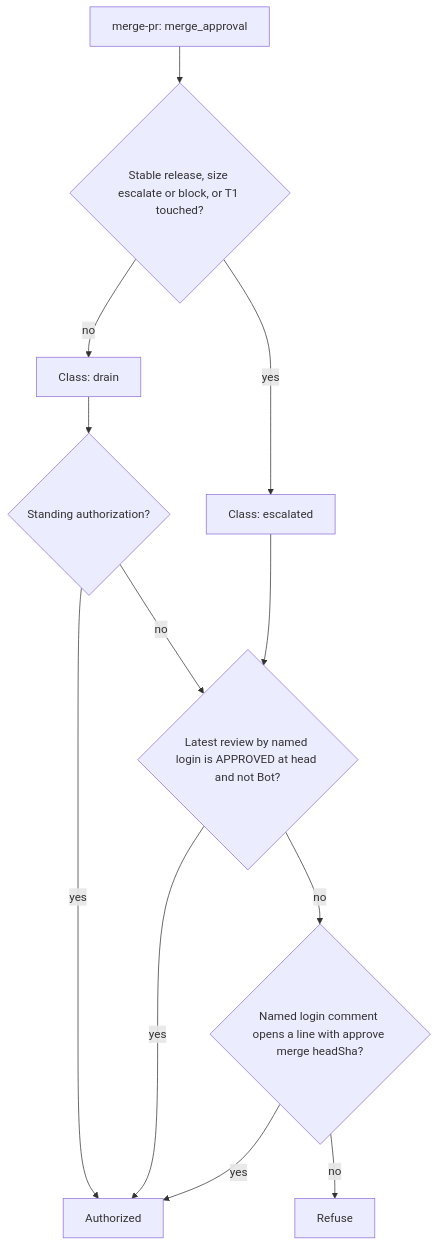
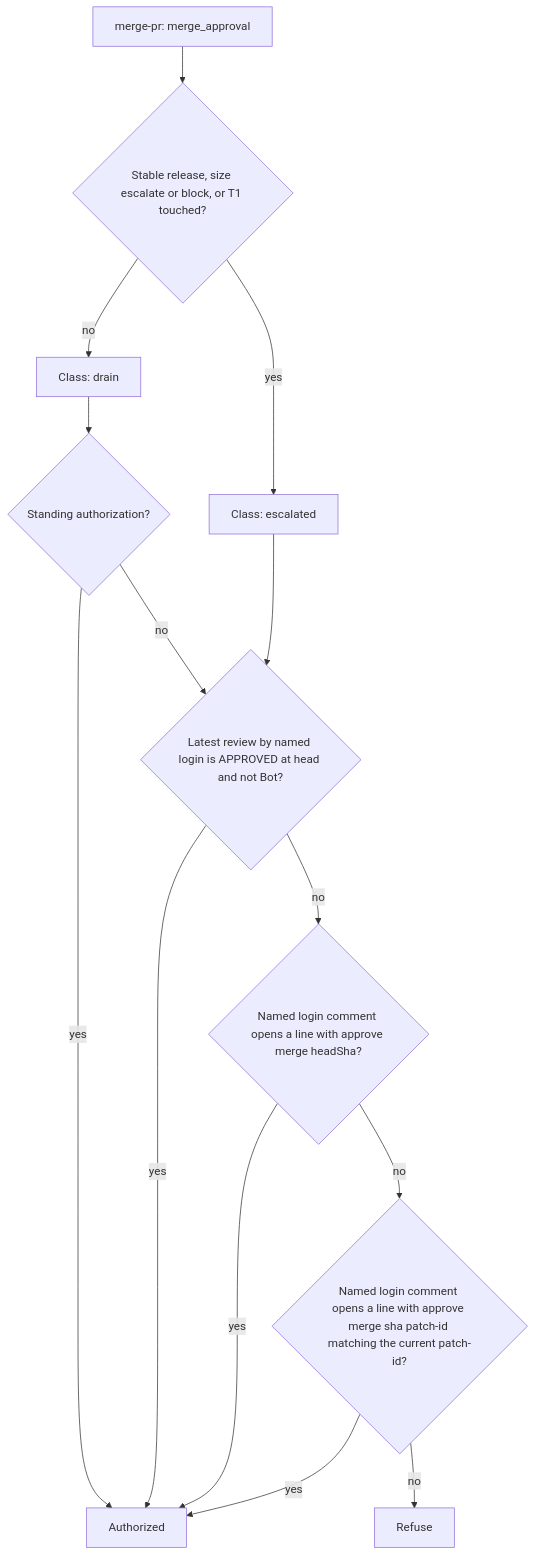
Diagram 13 of 13 in docs/atlas/12-security-trust.md (mfittko/dev-loops), drawn with Mermaid before and after one commit. The commit also changed other lines of this file, not shown here.

````diff
--- a/docs/atlas/12-security-trust.md
+++ b/docs/atlas/12-security-trust.md
@@ -462,14 +467,16 @@
 ```mermaid
 flowchart TD
   IN["merge-pr: merge_approval"] --> CL{"Stable release, size escalate or block, or T1 touched?"}
   CL -- yes --> ESC["Class: escalated"]
   CL -- no --> DRN["Class: drain"]
   DRN --> SA{"Standing authorization?"}
   SA -- yes --> OK["Authorized"]
   SA -- no --> RV
   ESC --> RV{"Latest review by named login is APPROVED at head and not Bot?"}
   RV -- yes --> OK
   RV -- no --> CM{"Named login comment opens a line with approve merge headSha?"}
   CM -- yes --> OK
-  CM -- no --> NO["Refuse"]
+  CM -- no --> PM{"Named login comment opens a line with approve merge sha patch-id matching the current patch-id?"}
+  PM -- yes --> OK
+  PM -- no --> NO["Refuse"]
 ```
````
